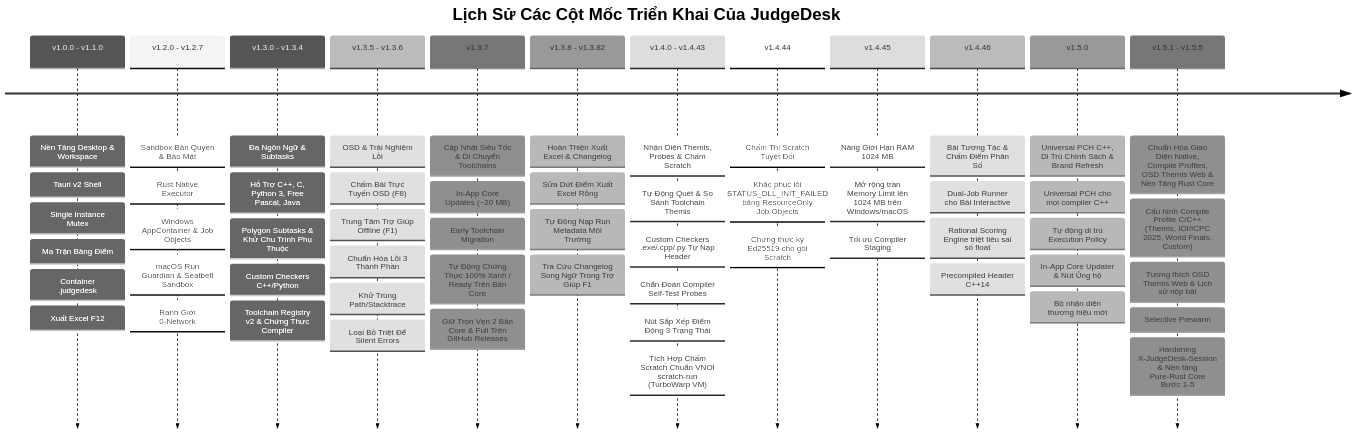
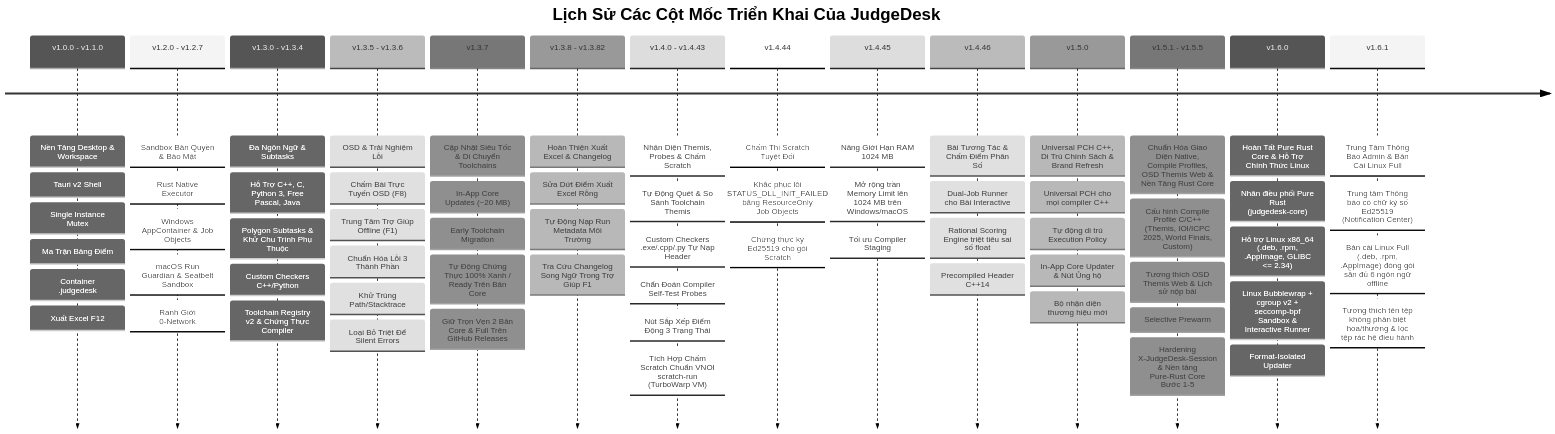
The diagram in docs/IMPLEMENTATION_PLAN.md (ducminh25/judgedesk-source), drawn with Mermaid (neutral theme) before and after one commit. The commit also changed other lines of this file and 12 other files, not shown here.

Commit message:
docs: update README and documentation for Notification Center and Linux Full edition (v1.6.1) [skip ci]

````diff
--- a/docs/IMPLEMENTATION_PLAN.md
+++ b/docs/IMPLEMENTATION_PLAN.md
@@ -15,16 +15,18 @@
 ```mermaid
 timeline
     title Lịch Sử Các Cột Mốc Triển Khai Của JudgeDesk
     v1.0.0 - v1.1.0 : Nền Tảng Desktop & Workspace : Tauri v2 Shell : Single Instance Mutex : Ma Trận Bảng Điểm : Container .judgedesk : Xuất Excel F12
     v1.2.0 - v1.2.7 : Sandbox Bản Quyền & Bảo Mật : Rust Native Executor : Windows AppContainer & Job Objects : macOS Run Guardian & Seatbelt Sandbox : Ranh Giới 0-Network
     v1.3.0 - v1.3.4 : Đa Ngôn Ngữ & Subtasks : Hỗ Trợ C++, C, Python 3, Free Pascal, Java : Polygon Subtasks & Khử Chu Trình Phụ Thuộc : Custom Checkers C++/Python : Toolchain Registry v2 & Chứng Thực Compiler
     v1.3.5 - v1.3.6 : OSD & Trải Nghiệm Lỗi : Chấm Bài Trực Tuyến OSD (F8) : Trung Tâm Trợ Giúp Offline (F1) : Chuẩn Hóa Lỗi 3 Thành Phần : Khử Trùng Path/Stacktrace : Loại Bỏ Triệt Để Silent Errors
     v1.3.7 : Cập Nhật Siêu Tốc & Di Chuyển Toolchains : In-App Core Updates (~20 MB) : Early Toolchain Migration : Tự Động Chứng Thực 100% Xanh / Ready Trên Bản Core : Giữ Trọn Vẹn 2 Bản Core & Full Trên GitHub Releases
     v1.3.8 - v1.3.82 : Hoàn Thiện Xuất Excel & Changelog : Sửa Dứt Điểm Xuất Excel Rỗng : Tự Động Nạp Run Metadata Môi Trường : Tra Cứu Changelog Song Ngữ Trong Trợ Giúp F1
     v1.4.0 - v1.4.43 : Nhận Diện Themis, Probes & Chấm Scratch : Tự Động Quét & So Sánh Toolchain Themis : Custom Checkers .exe/.cpp/.py Tự Nạp Header : Chẩn Đoán Compiler Self-Test Probes : Nút Sắp Xếp Điểm Động 3 Trạng Thái : Tích Hợp Chấm Scratch Chuẩn VNOI scratch-run (TurboWarp VM)
     v1.4.44 : Chấm Thi Scratch Tuyệt Đối : Khắc phục lỗi STATUS_DLL_INIT_FAILED bằng ResourceOnly Job Objects : Chứng thực ký Ed25519 cho gói Scratch
     v1.4.45 : Nâng Giới Hạn RAM 1024 MB : Mở rộng trần Memory Limit lên 1024 MB trên Windows/macOS : Tối ưu Compiler Staging
     v1.4.46 : Bài Tương Tác & Chấm Điểm Phân Số : Dual-Job Runner cho Bài Interactive : Rational Scoring Engine triệt tiêu sai số float : Precompiled Header C++14
     v1.5.0 : Universal PCH C++, Di Trú Chính Sách & Brand Refresh : Universal PCH cho mọi compiler C++ : Tự động di trú Execution Policy : In-App Core Updater & Nút Ủng hộ : Bộ nhận diện thương hiệu mới
     v1.5.1 - v1.5.5 : Chuẩn Hóa Giao Diện Native, Compile Profiles, OSD Themis Web & Nền Tảng Rust Core : Cấu hình Compile Profile C/C++ (Themis, IOI/ICPC 2025, World Finals, Custom) : Tương thích OSD Themis Web & Lịch sử nộp bài : Selective Prewarm : Hardening X-JudgeDesk-Session & Nền tảng Pure-Rust Core Bước 1-5
+    v1.6.0 : Hoàn Tất Pure Rust Core & Hỗ Trợ Chính Thức Linux : Nhân điều phối Pure Rust (judgedesk-core) : Hỗ trợ Linux x86_64 (.deb, .rpm, .AppImage, GLIBC <= 2.34) : Linux Bubblewrap + cgroup v2 + seccomp-bpf Sandbox & Interactive Runner : Format-Isolated Updater
+    v1.6.1 : Trung Tâm Thông Báo Admin & Bản Cài Linux Full : Trung tâm Thông báo có chữ ký số Ed25519 (Notification Center) : Bản cài Linux Full (.deb, .rpm, .AppImage) đóng gói sẵn đủ 6 ngôn ngữ offline : Tương thích tên tệp không phân biệt hoa/thường & lọc tệp rác hệ điều hành
 ```
````
